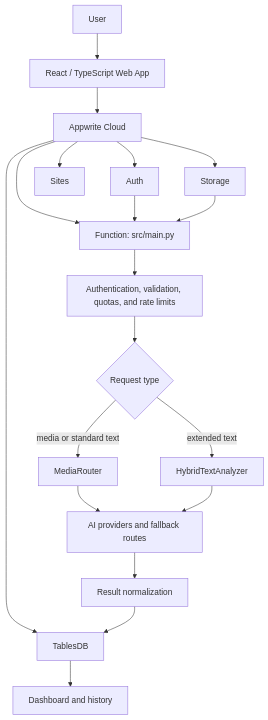
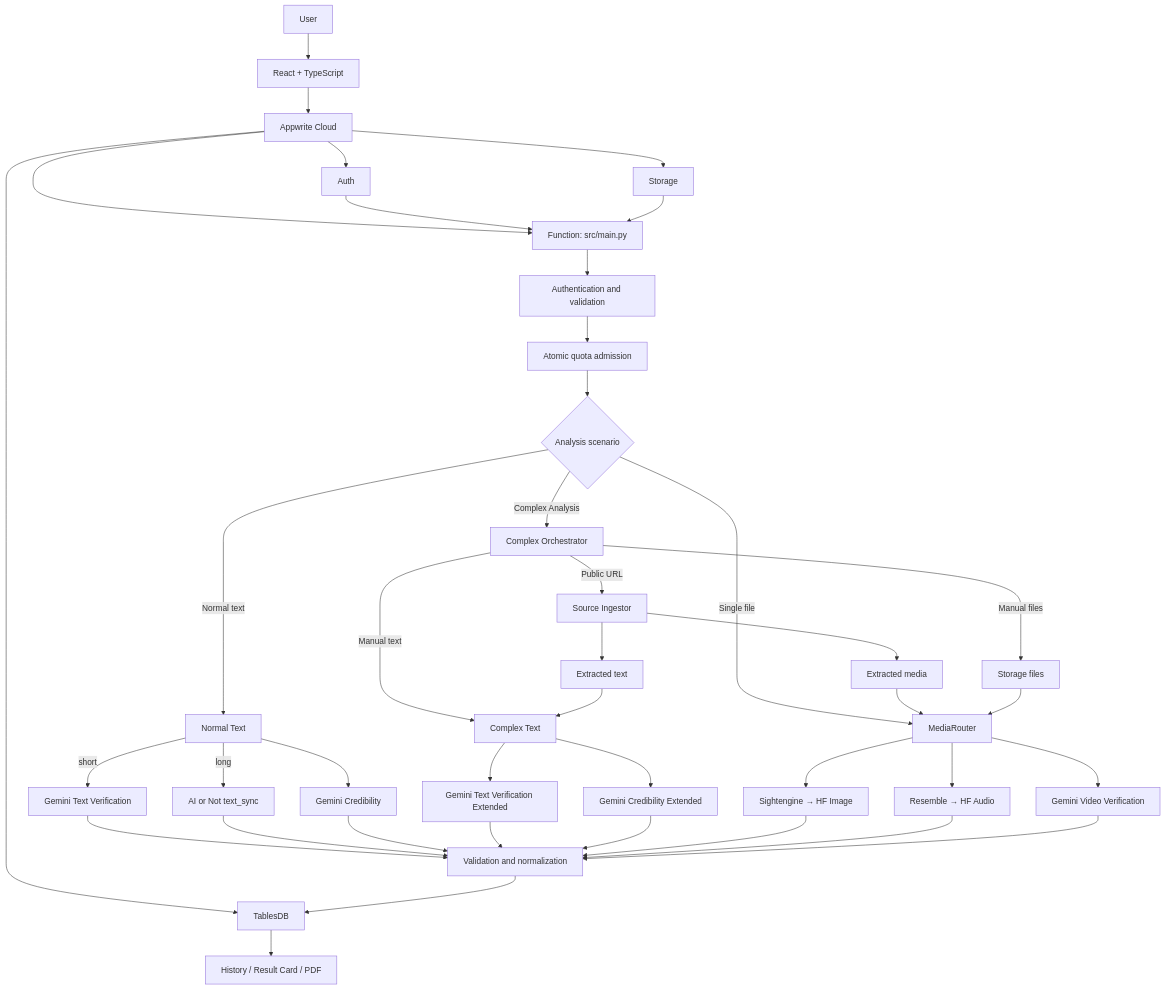
One commit to dany-simonov/YAV changed the diagram in README.en.md. Above: the diagram before and after it, drawn with Mermaid. The commit also changed other lines of this file and 10 other files, not shown here.

````diff
--- a/README.en.md
+++ b/README.en.md
@@ -115,23 +155,55 @@
 ```mermaid
 flowchart TD
-    U[User] --> W[React / TypeScript Web App]
-    W --> A[Appwrite Cloud]
+    U[User] --> WEB[React + TypeScript]
+    WEB --> AW[Appwrite Cloud]
 
-    A --> AUTH[Auth]
-    A --> STORAGE[Storage]
-    A --> SITES[Sites]
-    A --> FN[Function: src/main.py]
-    A --> DB[TablesDB]
+    AW --> AUTH[Auth]
+    AW --> STORAGE[Storage]
+    AW --> FN[Function: src/main.py]
+    AW --> DB[TablesDB]
 
     AUTH --> FN
     STORAGE --> FN
-    FN --> B[Authentication, validation, quotas, and rate limits]
-    B --> R{Request type}
-    R -->|media or standard text| MR[MediaRouter]
-    R -->|extended text| HT[HybridTextAnalyzer]
-    MR --> P[AI providers and fallback routes]
-    HT --> P
-    P --> N[Result normalization]
+
+    FN --> V[Authentication and validation]
+    V --> Q[Atomic quota admission]
+    Q --> ROUTE{Analysis scenario}
+
+    ROUTE -->|Normal text| NT[Normal Text]
+    NT -->|short| GT[Gemini Text Verification]
+    NT -->|long| AN[AI or Not text_sync]
+    NT --> GC[Gemini Credibility]
+
+    ROUTE -->|Single file| MR[MediaRouter]
+
+    ROUTE -->|Complex Analysis| CX[Complex Orchestrator]
+    CX -->|Public URL| SI[Source Ingestor]
+    CX -->|Manual text| CT[Complex Text]
+    CX -->|Manual files| MF[Storage files]
+
+    SI --> XT[Extracted text]
+    SI --> XM[Extracted media]
+
+    XT --> CT
+    CT --> GTE[Gemini Text Verification Extended]
+    CT --> GCE[Gemini Credibility Extended]
+
+    XM --> MR
+    MF --> MR
+
+    MR --> IM[Sightengine → HF Image]
+    MR --> AU[Resemble → HF Audio]
+    MR --> VI[Gemini Video Verification]
+
+    GT --> N[Validation and normalization]
+    AN --> N
+    GC --> N
+    GTE --> N
+    GCE --> N
+    IM --> N
+    AU --> N
+    VI --> N
+
     N --> DB
-    DB --> H[Dashboard and history]
+    DB --> H[History / Result Card / PDF]
 ```
````
